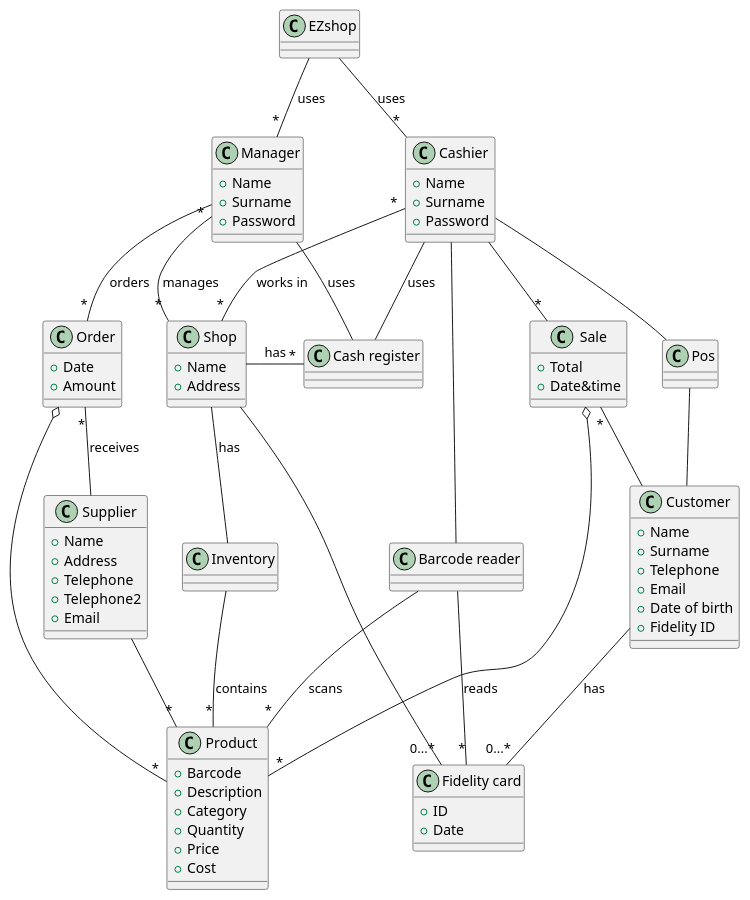
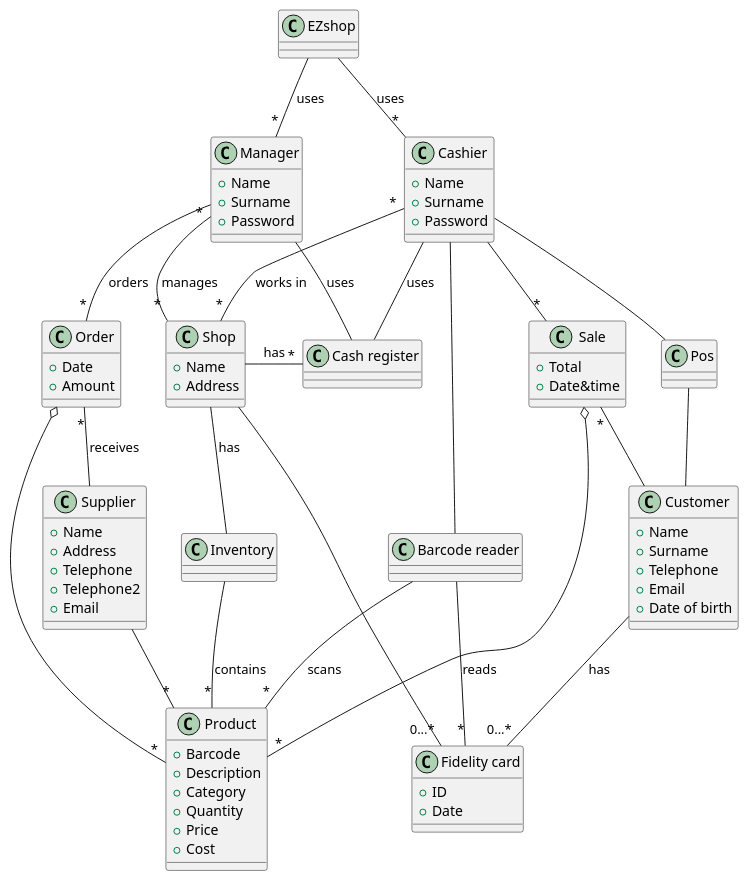
One commit to giuseppesalvi/ezshop changed the third of 5 diagrams in Deliverables/RequirementsDocument.md. Above: the diagram before and after it, drawn with PlantUML.

Commit message:
Update RequirementsDocument.md removing fidelity id from customer in glossary

```diff
--- a/Deliverables/RequirementsDocument.md
+++ b/Deliverables/RequirementsDocument.md
@@ -675,7 +675,6 @@
 +Telephone
 +Email
 +Date of birth
-+Fidelity ID
 }
 
 class "Fidelity card"{
```
